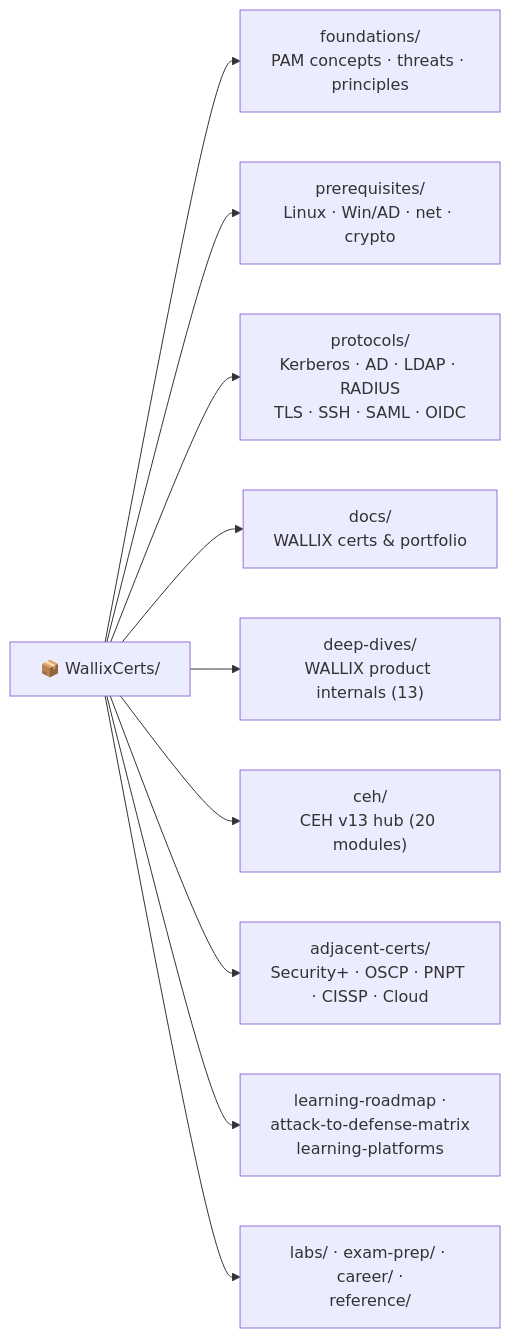
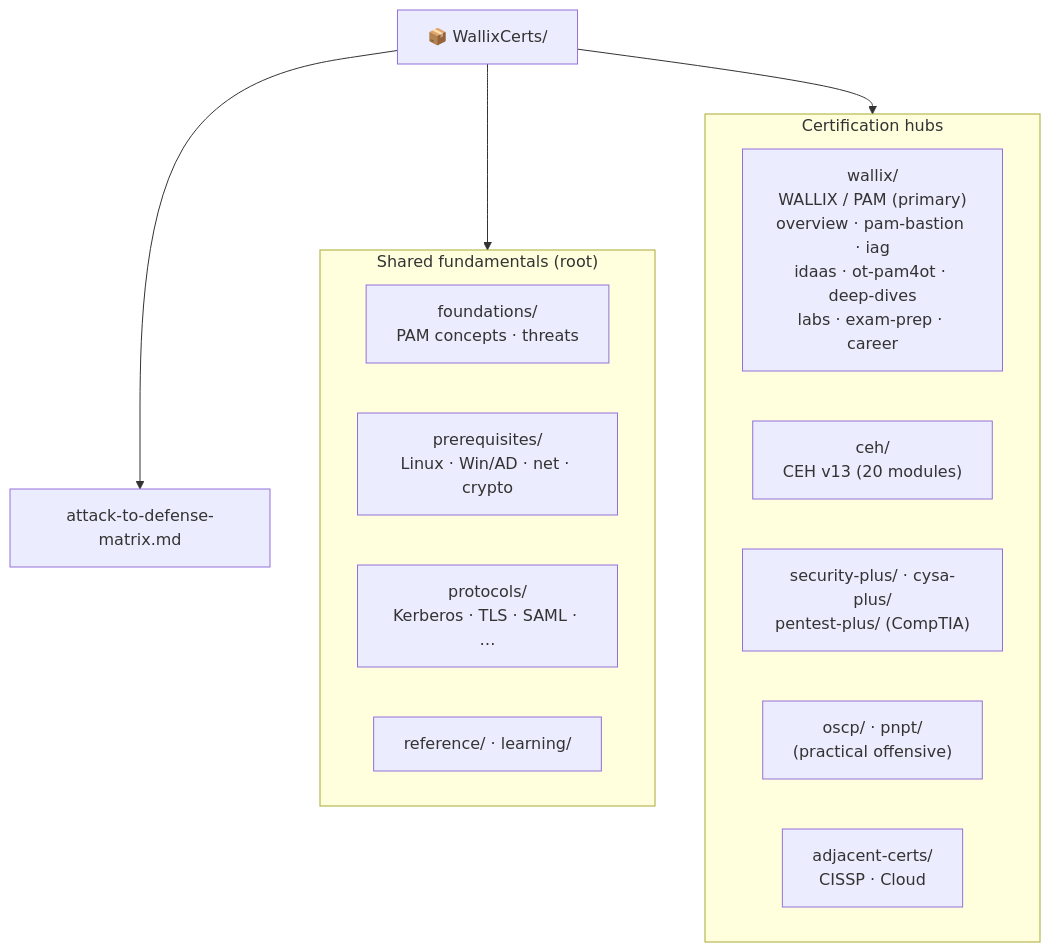
The third of 3 diagrams in README.md (morandeirachema/WallixCerts), drawn with Mermaid before and after one commit. The commit also changed other lines of this file and 173 other files, not shown here.

````diff
--- a/README.md
+++ b/README.md
@@ -145,13 +145,20 @@
 ```mermaid
-flowchart LR
+flowchart TB
     Root["📦 WallixCerts/"]
-    Root --> FND["foundations/<br/>PAM concepts · threats · principles"]
-    Root --> PRE["prerequisites/<br/>Linux · Win/AD · net · crypto"]
-    Root --> PRO["protocols/<br/>Kerberos · AD · LDAP · RADIUS<br/>TLS · SSH · SAML · OIDC"]
-    Root --> DOC["docs/<br/>WALLIX certs & portfolio"]
-    Root --> DD["deep-dives/<br/>WALLIX product internals (13)"]
-    Root --> CEHD["ceh/<br/>CEH v13 hub (20 modules)"]
-    Root --> ADJ["adjacent-certs/<br/>Security+ · OSCP · PNPT · CISSP · Cloud"]
-    Root --> XC["learning-roadmap ·<br/>attack-to-defense-matrix<br/>learning-platforms"]
-    Root --> SUP["labs/ · exam-prep/ · career/ ·<br/>reference/"]
+    subgraph SHARED["Shared fundamentals (root)"]
+        FND["foundations/<br/>PAM concepts · threats"]
+        PRE["prerequisites/<br/>Linux · Win/AD · net · crypto"]
+        PRO["protocols/<br/>Kerberos · TLS · SAML · …"]
+        REF["reference/ · learning/"]
+    end
+    subgraph CERTS["Certification hubs"]
+        WAL["wallix/<br/>WALLIX / PAM (primary)<br/>overview · pam-bastion · iag<br/>idaas · ot-pam4ot · deep-dives<br/>labs · exam-prep · career"]
+        CEHD["ceh/<br/>CEH v13 (20 modules)"]
+        SP["security-plus/ · cysa-plus/<br/>pentest-plus/ (CompTIA)"]
+        OFF["oscp/ · pnpt/<br/>(practical offensive)"]
+        ADJ["adjacent-certs/<br/>CISSP · Cloud"]
+    end
+    Root --> SHARED
+    Root --> CERTS
+    Root --> XC["attack-to-defense-matrix.md"]
 ```
````
